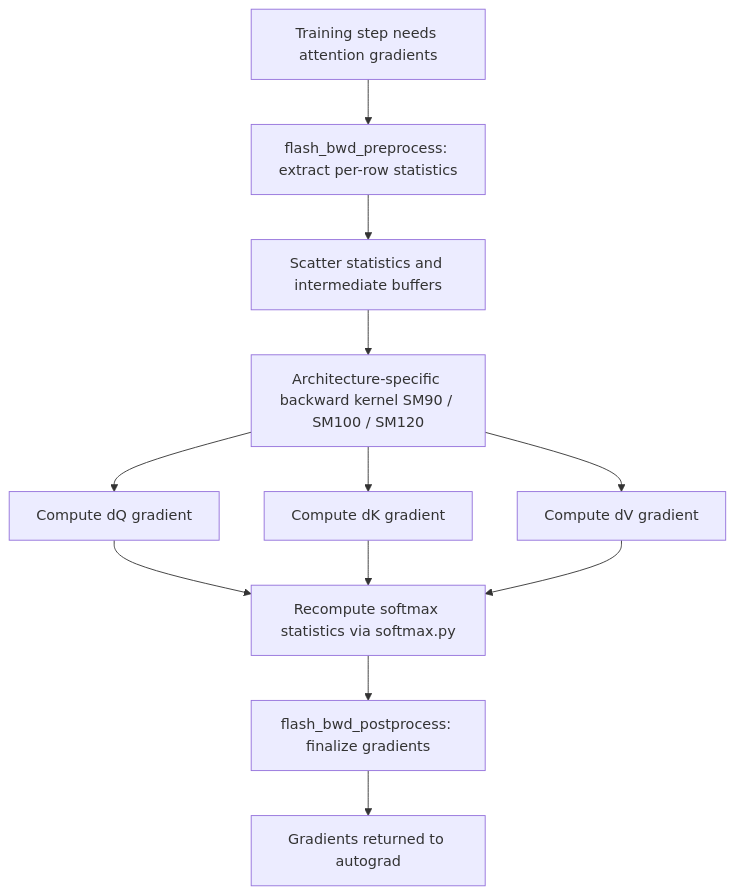
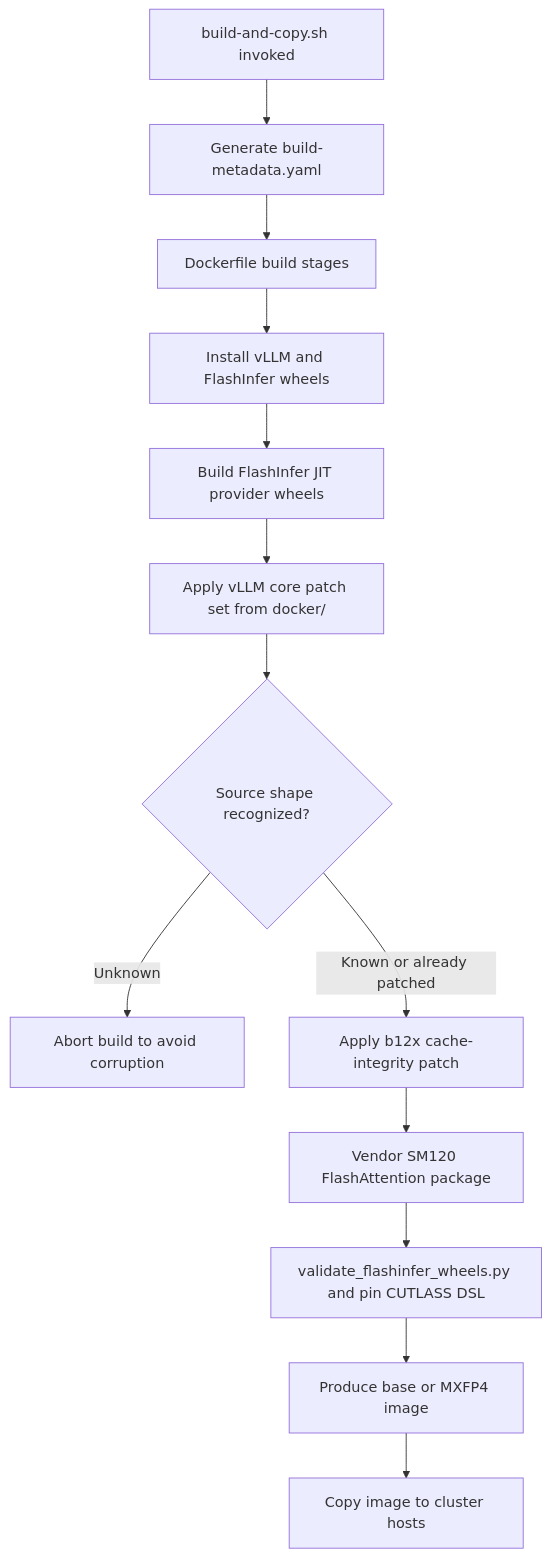
The fourth of 15 diagrams in deepwiki-rs-docs/3.Workflow.md (jpfulton-fultonengineeringservices/spark-vllm-docker), drawn with Mermaid before and after one commit. The commit also changed other lines of this file and 156 other files, not shown here.

````diff
--- a/deepwiki-rs-docs/3.Workflow.md
+++ b/deepwiki-rs-docs/3.Workflow.md
@@ -354,14 +163,15 @@
 ```mermaid
-graph TD
-    Start["Training step needs attention gradients"] --> Pre["flash_bwd_preprocess: extract per-row statistics"]
-    Pre --> Scatter["Scatter statistics and intermediate buffers"]
-    Scatter --> BwdKernel["Architecture-specific backward kernel SM90 / SM100 / SM120"]
-    BwdKernel --> DQ["Compute dQ gradient"]
-    BwdKernel --> DK["Compute dK gradient"]
-    BwdKernel --> DV["Compute dV gradient"]
-    DQ --> Recompute["Recompute softmax statistics via softmax.py"]
-    DK --> Recompute
-    DV --> Recompute
-    Recompute --> Post["flash_bwd_postprocess: finalize gradients"]
-    Post --> End["Gradients returned to autograd"]
+flowchart TD
+    BuildStart["build-and-copy.sh invoked"] --> Meta["Generate build-metadata.yaml"]
+    Meta --> Docker["Dockerfile build stages"]
+    Docker --> Install["Install vLLM and FlashInfer wheels"]
+    Install --> JIT["Build FlashInfer JIT provider wheels"]
+    JIT --> CorePatches["Apply vLLM core patch set from docker/"]
+    CorePatches --> Shape{"Source shape recognized?"}
+    Shape -->|Unknown| FailBuild["Abort build to avoid corruption"]
+    Shape -->|Known or already patched| Integrity["Apply b12x cache-integrity patch"]
+    Integrity --> Vendor["Vendor SM120 FlashAttention package"]
+    Vendor --> Validate["validate_flashinfer_wheels.py and pin CUTLASS DSL"]
+    Validate --> Image["Produce base or MXFP4 image"]
+    Image --> Copy["Copy image to cluster hosts"]
 ```
````
